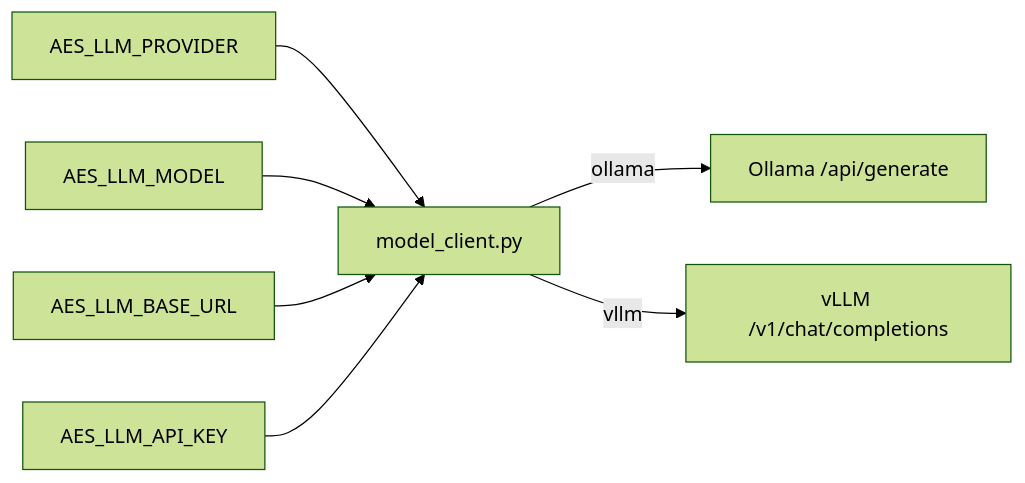
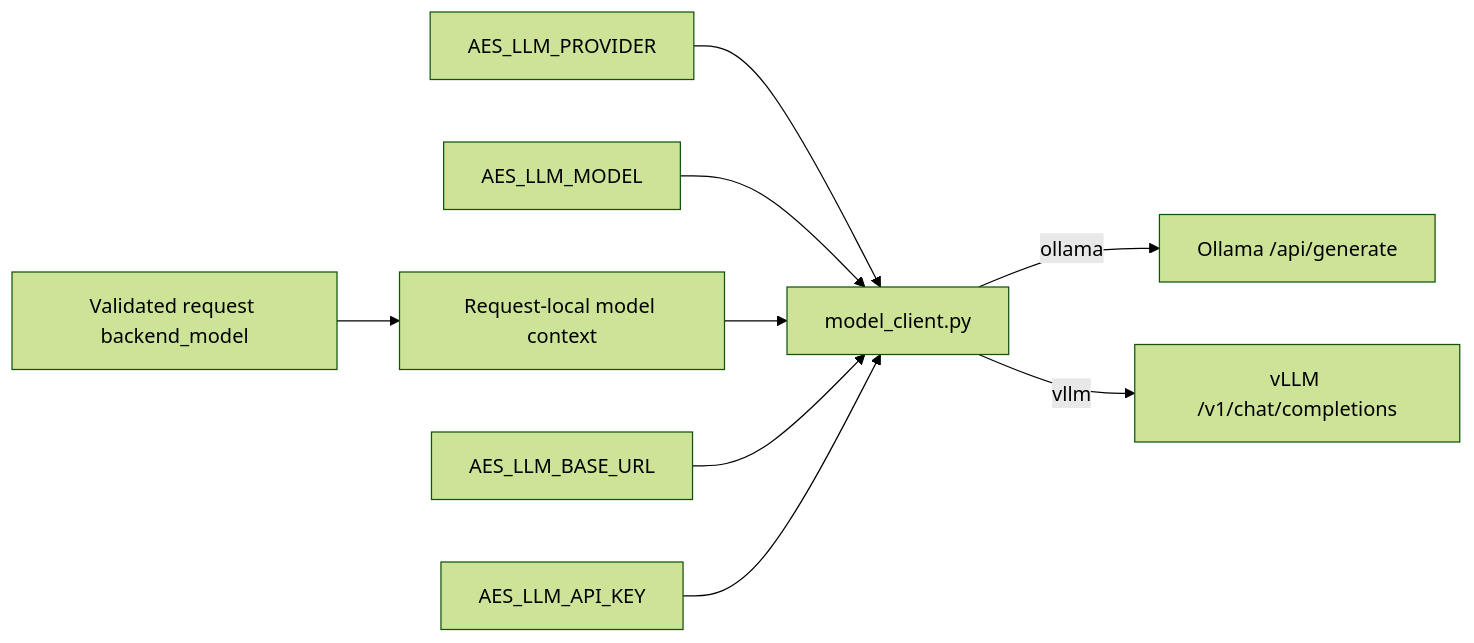
Before and after one commit to RadmirG/AES: the ninth of 12 diagrams in langgraph/architecture.md, drawn with Mermaid (forest theme). The commit also changed other lines of this file and 24 other files, not shown here.

````diff
--- a/langgraph/architecture.md
+++ b/langgraph/architecture.md
@@ -409,9 +413,11 @@
 ```mermaid
 flowchart LR
     provider["AES_LLM_PROVIDER"] --> client["model_client.py"]
     client -->|"ollama"| ollamaApi["Ollama /api/generate"]
     client -->|"vllm"| vllmApi["vLLM /v1/chat/completions"]
     model["AES_LLM_MODEL"] --> client
+    selected["Validated request backend_model"] --> scoped["Request-local model context"]
+    scoped --> client
     endpoint["AES_LLM_BASE_URL"] --> client
     key["AES_LLM_API_KEY"] --> client
 ```
````
